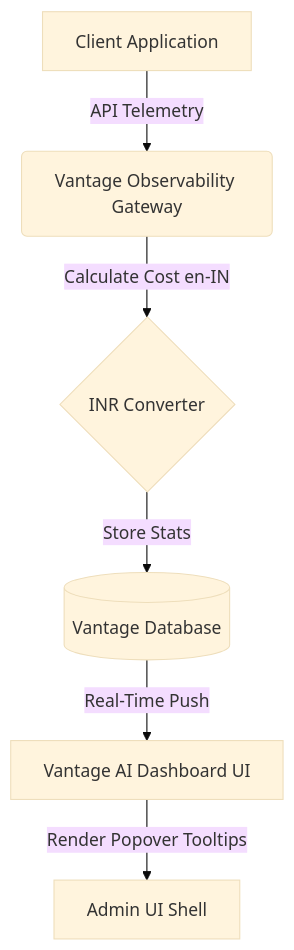
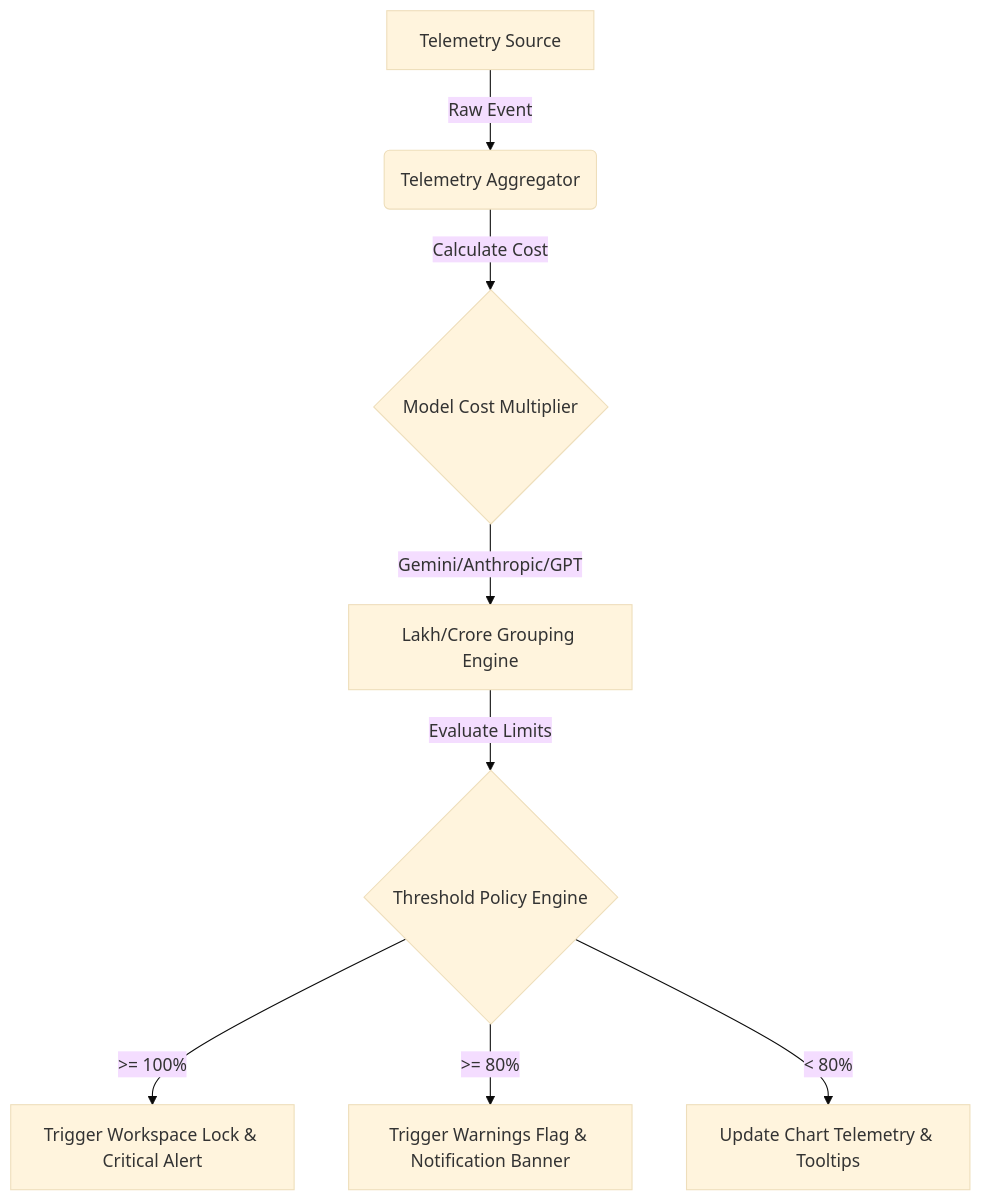
Before and after one commit to hydra-eng/vantage-ai: the first of 2 diagrams in README.md, drawn with Mermaid (base theme). The commit also changed other lines of this file, not shown here.

````diff
--- a/README.md
+++ b/README.md
@@ -33,8 +61,10 @@
 ```mermaid
 graph TD
-    A[Client Application] -->|API Telemetry| B(Vantage Observability Gateway)
-    B -->|Calculate Cost en-IN| C{INR Converter}
-    C -->|Store Stats| D[(Vantage Database)]
-    D -->|Real-Time Push| E[Vantage AI Dashboard UI]
-    E -->|Render Popover Tooltips| F[Admin UI Shell]
+    A[Telemetry Source] -->|Raw Event| B(Telemetry Aggregator)
+    B -->|Calculate Cost| C{Model Cost Multiplier}
+    C -->|Gemini/Anthropic/GPT| D[Lakh/Crore Grouping Engine]
+    D -->|Evaluate Limits| E{Threshold Policy Engine}
+    E -->|>= 100%| F[Trigger Workspace Lock & Critical Alert]
+    E -->|>= 80%| G[Trigger Warnings Flag & Notification Banner]
+    E -->|< 80%| H[Update Chart Telemetry & Tooltips]
 ```
````
